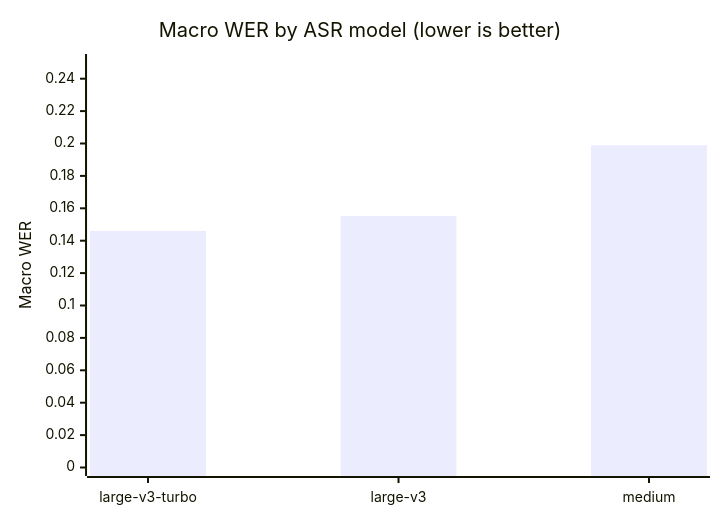
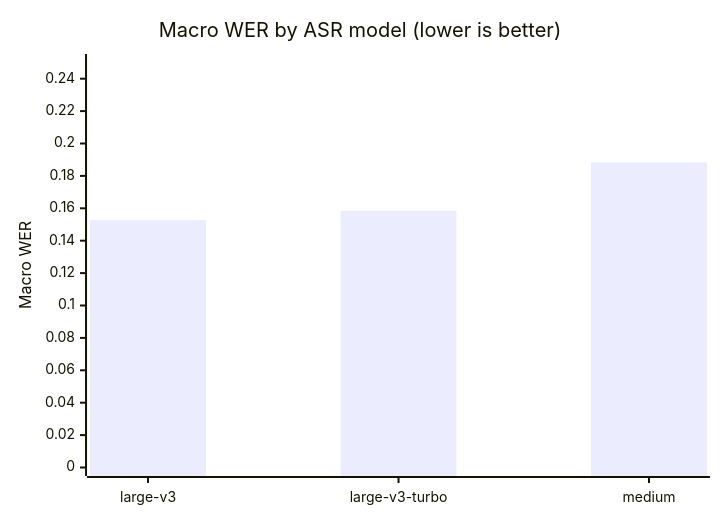
Before and after one commit to nkhaloo/speech-stack-benchmark: the first of 5 diagrams in docs/results.md, drawn with Mermaid. The commit also changed other lines of this file and 2 other files, not shown here.

````diff
--- a/docs/results.md
+++ b/docs/results.md
@@ -134,7 +132,7 @@
 ```mermaid
 xychart-beta
     title "Macro WER by ASR model (lower is better)"
-    x-axis ["large-v3-turbo", "large-v3", "medium"]
+    x-axis ["large-v3", "large-v3-turbo", "medium"]
     y-axis "Macro WER" 0 --> 0.25
-    bar [0.1460, 0.1552, 0.1989]
+    bar [0.1527, 0.1584, 0.1883]
 ```
````
